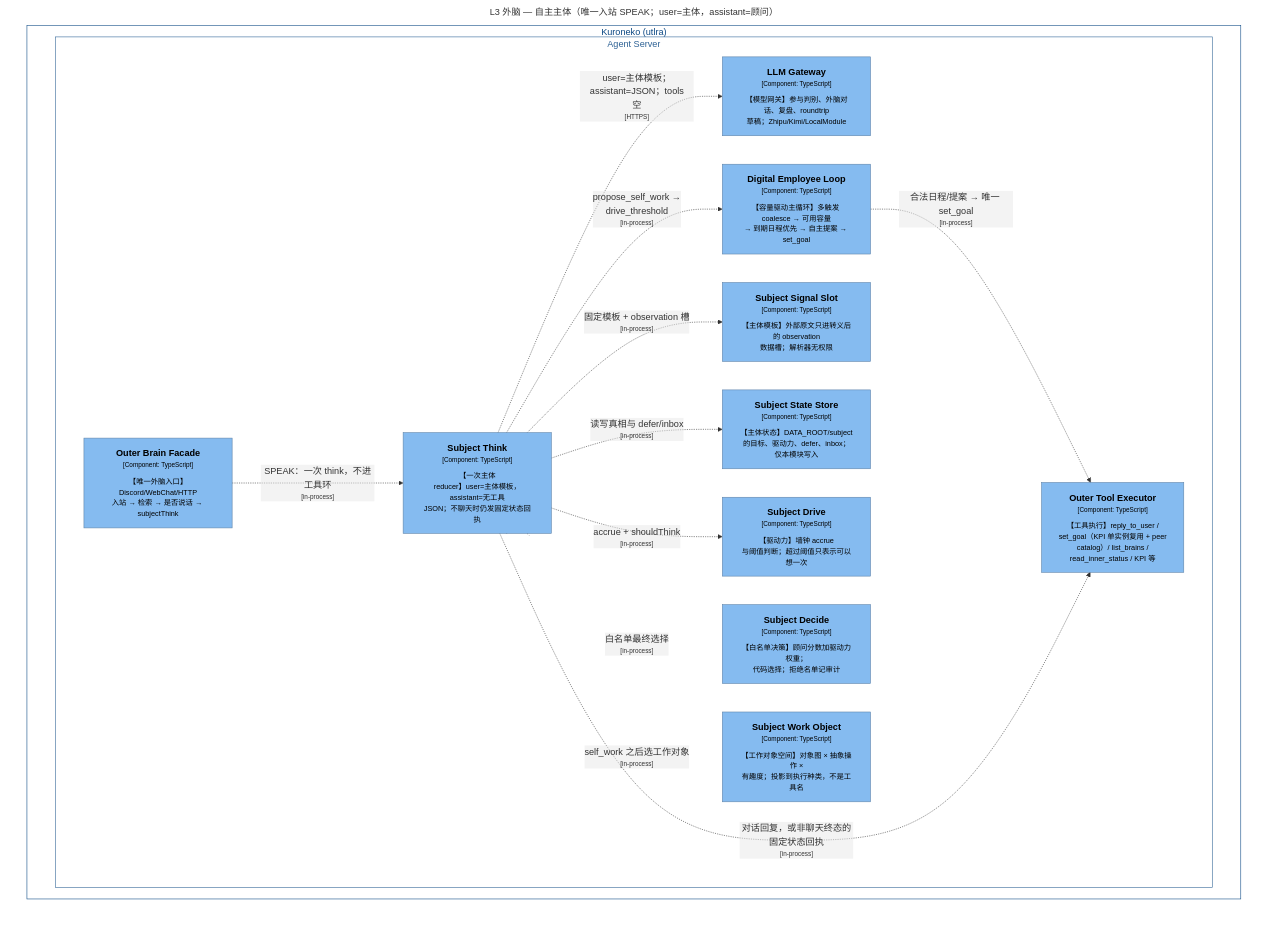
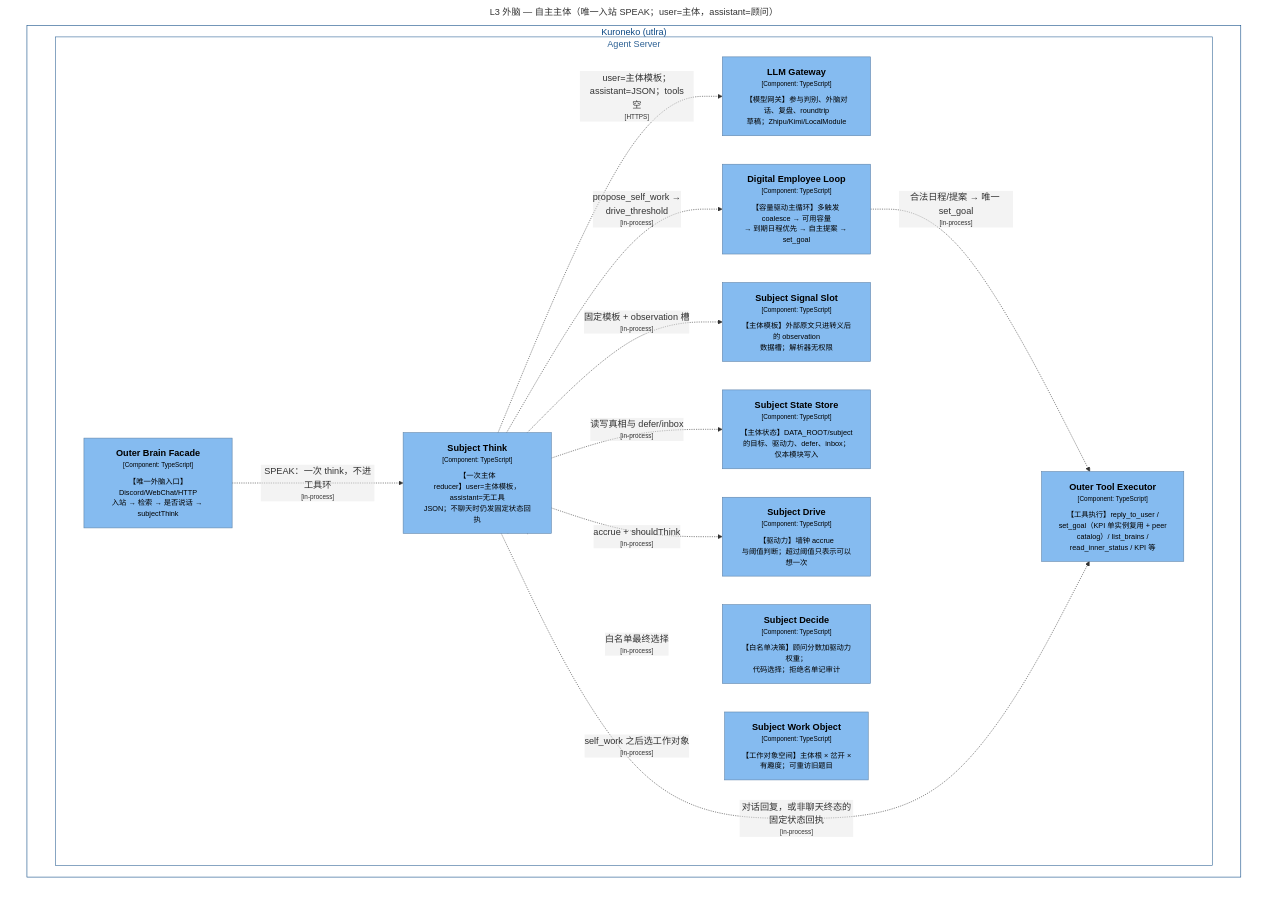
Before and after one commit to shinjiyu/amadues: the diagram in doc/structurizr/structurizr-15-L3-Outer-Subject.mmd, drawn with Mermaid. The commit also changed 12 other files, not shown here.

First line of the commit message:
feat(subject): select self-work from subject roots

```diff
--- a/doc/structurizr/structurizr-15-L3-Outer-Subject.mmd
+++ b/doc/structurizr/structurizr-15-L3-Outer-Subject.mmd
@@ -1,48 +1,48 @@
 graph TB
   linkStyle default fill:#ffffff
 
   subgraph diagram ["L3 外脑 — 自主主体（唯一入站 SPEAK；user=主体，assistant=顾问）"]
     style diagram fill:#ffffff,stroke:#ffffff
 
     subgraph 11 ["Kuroneko (utlra)"]
       style 11 fill:#ffffff,stroke:#0b4884,color:#0b4884
 
       subgraph 15 ["Agent Server"]
         style 15 fill:#ffffff,stroke:#2e6295,color:#2e6295
 
         18["<div style='font-weight: bold'>Outer Brain Facade</div><div style='font-size: 70%; margin-top: 0px'>[Component: TypeScript]</div><div style='font-size: 80%; margin-top:10px'>【唯一外脑入口】Discord/WebChat/HTTP<br />入站 → 检索 → 是否说话 → subjectThink</div>"]
         style 18 fill:#85bbf0,stroke:#5d82a8,color:#000000
         25["<div style='font-weight: bold'>Outer Tool Executor</div><div style='font-size: 70%; margin-top: 0px'>[Component: TypeScript]</div><div style='font-size: 80%; margin-top:10px'>【工具执行】reply_to_user /<br />set_goal（KPI 单实例复用 + peer<br />catalog）/ list_brains /<br />read_inner_status / KPI 等</div>"]
         style 25 fill:#85bbf0,stroke:#5d82a8,color:#000000
         26["<div style='font-weight: bold'>LLM Gateway</div><div style='font-size: 70%; margin-top: 0px'>[Component: TypeScript]</div><div style='font-size: 80%; margin-top:10px'>【模型网关】参与判别、外脑对话、复盘、roundtrip<br />草稿；Zhipu/Kimi/LocalModule</div>"]
         style 26 fill:#85bbf0,stroke:#5d82a8,color:#000000
         49["<div style='font-weight: bold'>Digital Employee Loop</div><div style='font-size: 70%; margin-top: 0px'>[Component: TypeScript]</div><div style='font-size: 80%; margin-top:10px'>【容量驱动主循环】多触发 coalesce → 可用容量<br />→ 到期日程优先 → 自主提案 → set_goal</div>"]
         style 49 fill:#85bbf0,stroke:#5d82a8,color:#000000
         75["<div style='font-weight: bold'>Subject Signal Slot</div><div style='font-size: 70%; margin-top: 0px'>[Component: TypeScript]</div><div style='font-size: 80%; margin-top:10px'>【主体模板】外部原文只进转义后的 observation<br />数据槽；解析器无权限</div>"]
         style 75 fill:#85bbf0,stroke:#5d82a8,color:#000000
         76["<div style='font-weight: bold'>Subject State Store</div><div style='font-size: 70%; margin-top: 0px'>[Component: TypeScript]</div><div style='font-size: 80%; margin-top:10px'>【主体状态】DATA_ROOT/subject<br />的目标、驱动力、defer、inbox；仅本模块写入</div>"]
         style 76 fill:#85bbf0,stroke:#5d82a8,color:#000000
         77["<div style='font-weight: bold'>Subject Drive</div><div style='font-size: 70%; margin-top: 0px'>[Component: TypeScript]</div><div style='font-size: 80%; margin-top:10px'>【驱动力】墙钟 accrue<br />与阈值判断；超过阈值只表示可以想一次</div>"]
         style 77 fill:#85bbf0,stroke:#5d82a8,color:#000000
         78["<div style='font-weight: bold'>Subject Decide</div><div style='font-size: 70%; margin-top: 0px'>[Component: TypeScript]</div><div style='font-size: 80%; margin-top:10px'>【白名单决策】顾问分数加驱动力权重；<br />代码选择；拒绝名单记审计</div>"]
         style 78 fill:#85bbf0,stroke:#5d82a8,color:#000000
-        80["<div style='font-weight: bold'>Subject Work Object</div><div style='font-size: 70%; margin-top: 0px'>[Component: TypeScript]</div><div style='font-size: 80%; margin-top:10px'>【工作对象空间】对象图 × 抽象操作 ×<br />有趣度；投影到执行种类，不是工具名</div>"]
+        80["<div style='font-weight: bold'>Subject Work Object</div><div style='font-size: 70%; margin-top: 0px'>[Component: TypeScript]</div><div style='font-size: 80%; margin-top:10px'>【工作对象空间】主体根 × 岔开 ×<br />有趣度；可重访旧题目</div>"]
         style 80 fill:#85bbf0,stroke:#5d82a8,color:#000000
         79["<div style='font-weight: bold'>Subject Think</div><div style='font-size: 70%; margin-top: 0px'>[Component: TypeScript]</div><div style='font-size: 80%; margin-top:10px'>【一次主体<br />reducer】user=主体模板，assistant=无工具<br />JSON；不聊天时仍发固定状态回执</div>"]
         style 79 fill:#85bbf0,stroke:#5d82a8,color:#000000
       end
 
     end
 
     49-. "<div>合法日程/提案 → 唯一 set_goal</div><div style='font-size: 70%'>[in-process]</div>" .->25
     18-. "<div>SPEAK：一次 think，不进工具环</div><div style='font-size: 70%'>[in-process]</div>" .->79
     79-. "<div>固定模板 + observation 槽</div><div style='font-size: 70%'>[in-process]</div>" .->75
     79-. "<div>读写真相与 defer/inbox</div><div style='font-size: 70%'>[in-process]</div>" .->76
     79-. "<div>accrue + shouldThink</div><div style='font-size: 70%'>[in-process]</div>" .->77
     79-. "<div>白名单最终选择</div><div style='font-size: 70%'>[in-process]</div>" .->78
     79-. "<div>self_work 之后选工作对象</div><div style='font-size: 70%'>[in-process]</div>" .->80
     79-. "<div>user=主体模板；assistant=JSON；tools<br />空</div><div style='font-size: 70%'>[HTTPS]</div>" .->26
     79-. "<div>对话回复，或非聊天终态的固定状态回执</div><div style='font-size: 70%'>[in-process]</div>" .->25
     79-. "<div>propose_self_work →<br />drive_threshold</div><div style='font-size: 70%'>[in-process]</div>" .->49
 
   end
```
